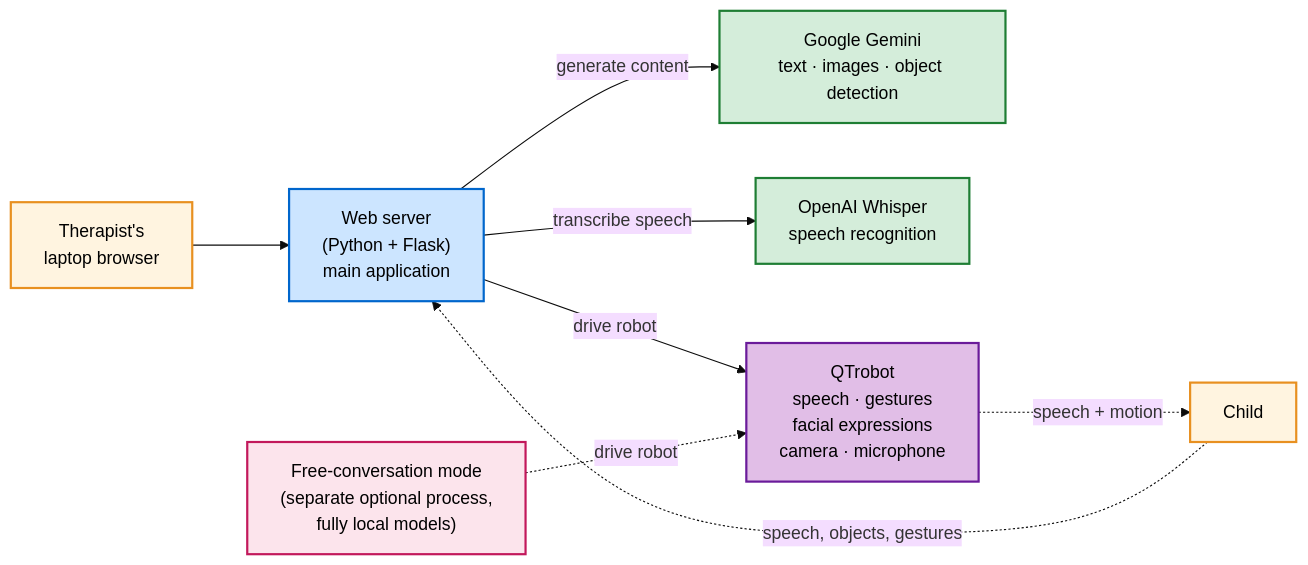
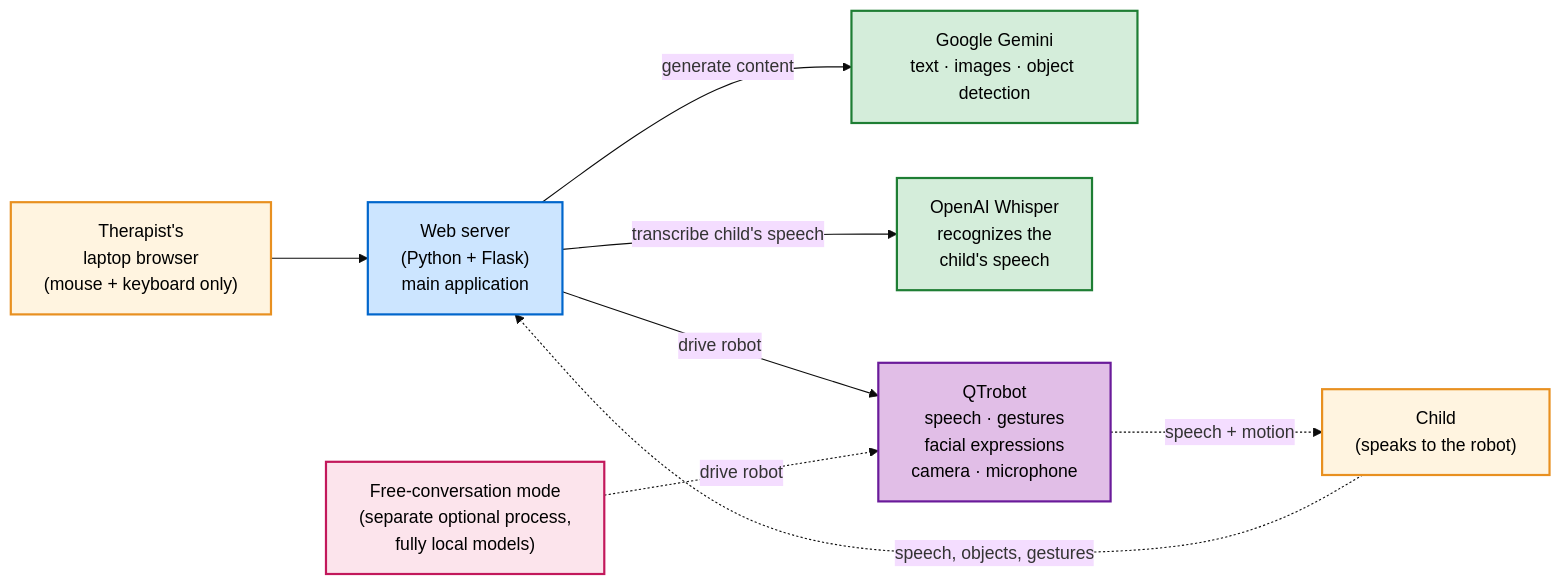
The diagram in README.md (soominimini/LLM_integrated_robot_dashboard), drawn with Mermaid (base theme) before and after one commit. The commit also changed other lines of this file, not shown here.

````diff
--- a/README.md
+++ b/README.md
@@ -41,24 +41,24 @@
 ```mermaid
 flowchart LR
     classDef person fill:#fff4e0,stroke:#e89020,stroke-width:2px,color:#000
     classDef app fill:#cce5ff,stroke:#0066cc,stroke-width:2px,color:#000
     classDef cloud fill:#d4edda,stroke:#1e7e34,stroke-width:2px,color:#000
     classDef robot fill:#e1bee7,stroke:#6a1b9a,stroke-width:2px,color:#000
     classDef optional fill:#fce4ec,stroke:#c2185b,stroke-width:2px,color:#000
 
-    Therapist["Therapist's<br/>laptop browser"]:::person
-    Child["Child"]:::person
+    Therapist["Therapist's<br/>laptop browser<br/>(mouse + keyboard only)"]:::person
+    Child["Child<br/>(speaks to the robot)"]:::person
     WebServer["Web server<br/>(Python + Flask)<br/>main application"]:::app
     Gemini["Google Gemini<br/>text · images · object detection"]:::cloud
-    Whisper["OpenAI Whisper<br/>speech recognition"]:::cloud
+    Whisper["OpenAI Whisper<br/>recognizes the<br/>child's speech"]:::cloud
     Robot["QTrobot<br/>speech · gestures<br/>facial expressions<br/>camera · microphone"]:::robot
     Optional["Free-conversation mode<br/>(separate optional process,<br/>fully local models)"]:::optional
 
     Therapist --> WebServer
     Child -.->|speech, objects, gestures| WebServer
     WebServer -->|generate content| Gemini
-    WebServer -->|transcribe speech| Whisper
+    WebServer -->|transcribe child's speech| Whisper
     WebServer -->|drive robot| Robot
     Optional -.->|drive robot| Robot
     Robot -.->|speech + motion| Child
 ```
````
